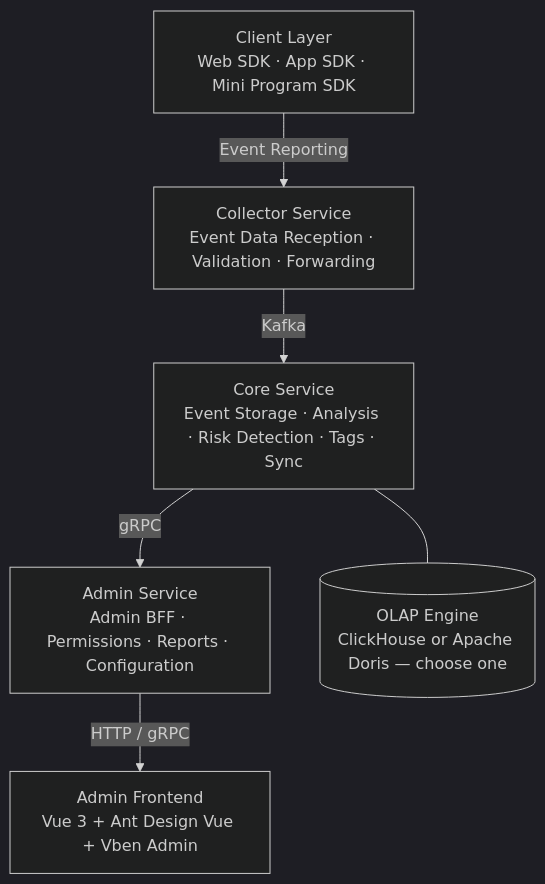
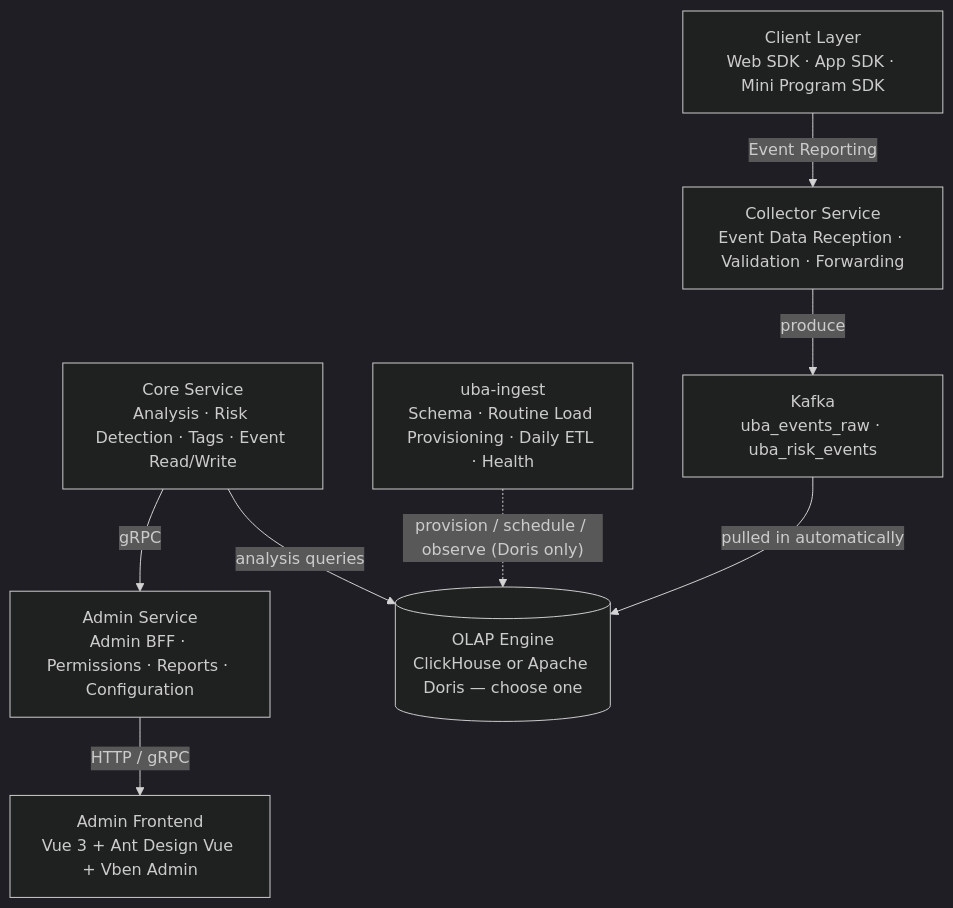
One commit to tx7do/go-wind-uba changed the diagram in README_en.md. Above: the diagram before and after it, drawn with Mermaid (dark theme). The commit also changed other lines of this file and 12 other files, not shown here.

First line of the commit message:
docs: 三语 README 与各级文档补齐入仓链路（Routine Load / uba-ingest）

````diff
--- a/README_en.md
+++ b/README_en.md
@@ -133,14 +133,19 @@
 ```mermaid
 graph TB
     SDK["Client Layer<br/>Web SDK · App SDK · Mini Program SDK"]
     Collector["Collector Service<br/>Event Data Reception · Validation · Forwarding"]
-    Core["Core Service<br/>Event Storage · Analysis · Risk Detection · Tags · Sync"]
+    Kafka["Kafka<br/>uba_events_raw · uba_risk_events"]
+    Core["Core Service<br/>Analysis · Risk Detection · Tags · Event Read/Write"]
     Admin["Admin Service<br/>Admin BFF · Permissions · Reports · Configuration"]
     Frontend["Admin Frontend<br/>Vue 3 + Ant Design Vue + Vben Admin"]
+    Ingest["uba-ingest<br/>Schema · Routine Load Provisioning · Daily ETL · Health"]
+    OLAP[(OLAP Engine<br/>ClickHouse or Apache Doris — choose one)]
 
     SDK -->|"Event Reporting"| Collector
-    Collector -->|"Kafka"| Core
-    Core --- OLAP[(OLAP Engine<br/>ClickHouse or Apache Doris — choose one)]
+    Collector -->|"produce"| Kafka
+    Kafka -->|"pulled in automatically"| OLAP
+    Ingest -.->|"provision / schedule / observe (Doris only)"| OLAP
+    Core -->|"analysis queries"| OLAP
     Core -->|"gRPC"| Admin
     Admin -->|"HTTP / gRPC"| Frontend
 ```
````
